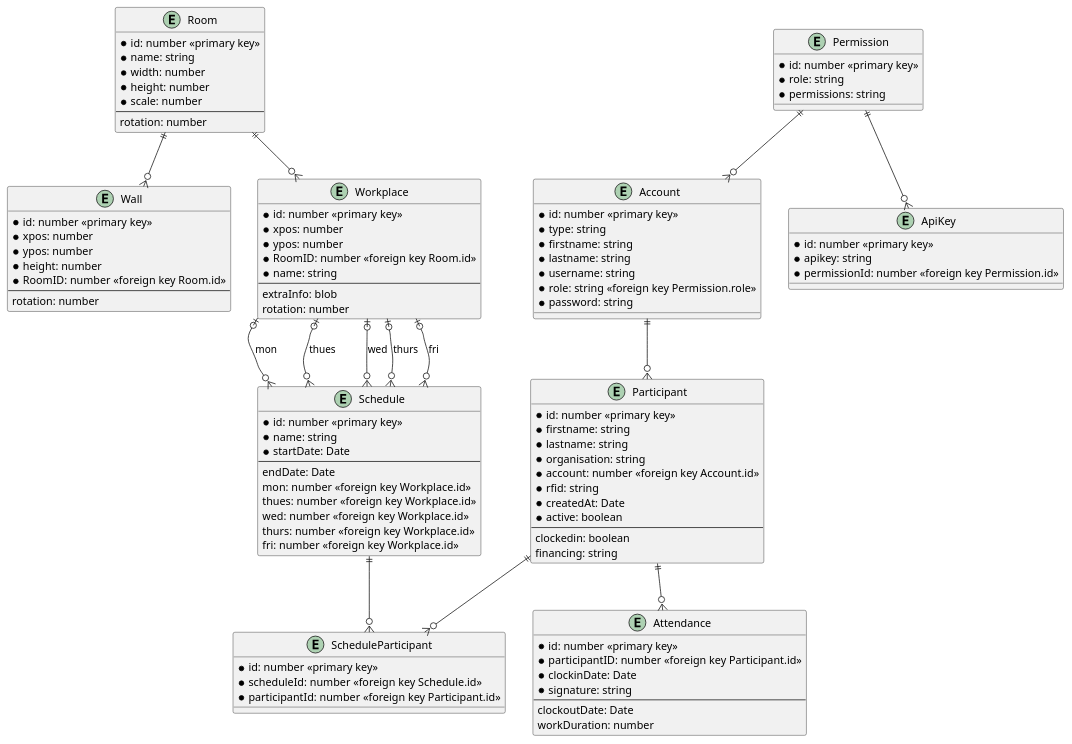
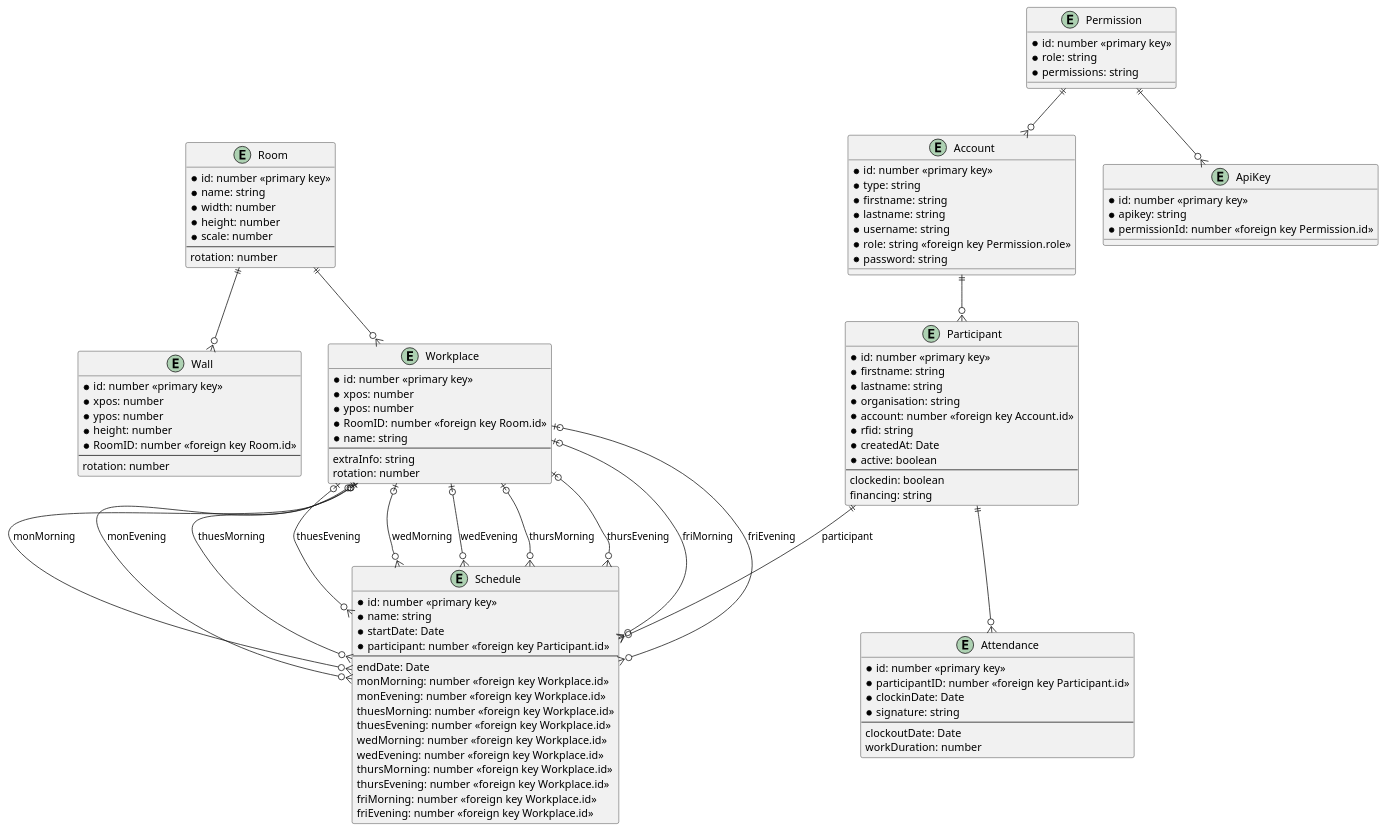
Before and after one commit to BitsEnBytesICT/Bits-Bytes-management-platform: the diagram in documentation/databasemodel.plantuml, drawn with PlantUML. The commit also changed 21 other files, not shown here.

```diff
--- a/documentation/databasemodel.plantuml
+++ b/documentation/databasemodel.plantuml
@@ -1,112 +1,116 @@
 @startuml database
 
 entity Account {
     * id: number <<primary key>>
     * type: string
     * firstname: string
     * lastname: string
     * username: string
     * role: string <<foreign key Permission.role>>
     * password: string
 }
 
 entity Participant {
     * id: number <<primary key>>
     * firstname: string
     * lastname: string
     * organisation: string
     * account: number <<foreign key Account.id>>
     * rfid: string
     * createdAt: Date
     * active: boolean
     --
     clockedin: boolean
     financing: string
 }
 
 entity Attendance {
     * id: number <<primary key>>
     * participantID: number <<foreign key Participant.id>>
     * clockinDate: Date
     * signature: string
     --
     clockoutDate: Date
     workDuration: number
 }
 
 entity Permission {
     * id: number <<primary key>>
     * role: string
     * permissions: string
 }
 
 entity ApiKey {
     * id: number <<primary key>>
     * apikey: string
     * permissionId: number <<foreign key Permission.id>>
 }
 
 entity Room {
     * id: number <<primary key>>
     * name: string
     * width: number
     * height: number
     * scale: number
     --
     rotation: number
 }
 
 entity Wall {
     * id: number <<primary key>>
     * xpos: number
     * ypos: number
     * height: number
     * RoomID: number <<foreign key Room.id>>
     --
     rotation: number
 }
 
 entity Workplace {
     * id: number <<primary key>>
     * xpos: number
     * ypos: number
     * RoomID: number <<foreign key Room.id>>
     * name: string
     --
-    extraInfo: blob
+    extraInfo: string
     rotation: number
 }
 
 entity Schedule {
     * id: number <<primary key>>
     * name: string
     * startDate: Date
+    * participant: number <<foreign key Participant.id>>
     --
     endDate: Date
-    mon: number <<foreign key Workplace.id>>
-    thues: number <<foreign key Workplace.id>>
-    wed: number <<foreign key Workplace.id>>
-    thurs: number <<foreign key Workplace.id>>
-    fri: number <<foreign key Workplace.id>>
-}
-
-entity ScheduleParticipant {
-    * id: number <<primary key>>
-    * scheduleId: number <<foreign key Schedule.id>>
-    * participantId: number <<foreign key Participant.id>>
+    monMorning: number <<foreign key Workplace.id>>
+    monEvening: number <<foreign key Workplace.id>>
+    thuesMorning: number <<foreign key Workplace.id>>
+    thuesEvening: number <<foreign key Workplace.id>>
+    wedMorning: number <<foreign key Workplace.id>>
+    wedEvening: number <<foreign key Workplace.id>>
+    thursMorning: number <<foreign key Workplace.id>>
+    thursEvening: number <<foreign key Workplace.id>>
+    friMorning: number <<foreign key Workplace.id>>
+    friEvening: number <<foreign key Workplace.id>>
 }
 
 Permission ||--o{ Account
 Permission ||--o{ ApiKey
 Account ||--o{ Participant
 Participant ||--o{ Attendance
-Participant ||--o{ ScheduleParticipant
-Schedule ||--o{ ScheduleParticipant
+Participant ||--o{ Schedule : participant
 Room ||--o{ Wall
 Room ||--o{ Workplace
-Workplace |o--o{ Schedule : mon
-Workplace |o--o{ Schedule : thues
-Workplace |o--o{ Schedule : wed
-Workplace |o--o{ Schedule : thurs
-Workplace |o--o{ Schedule : fri
+Workplace |o--o{ Schedule : monMorning
+Workplace |o--o{ Schedule : monEvening
+Workplace |o--o{ Schedule : thuesMorning
+Workplace |o--o{ Schedule : thuesEvening
+Workplace |o--o{ Schedule : wedMorning
+Workplace |o--o{ Schedule : wedEvening
+Workplace |o--o{ Schedule : thursMorning
+Workplace |o--o{ Schedule : thursEvening
+Workplace |o--o{ Schedule : friMorning
+Workplace |o--o{ Schedule : friEvening
 @enduml
```
